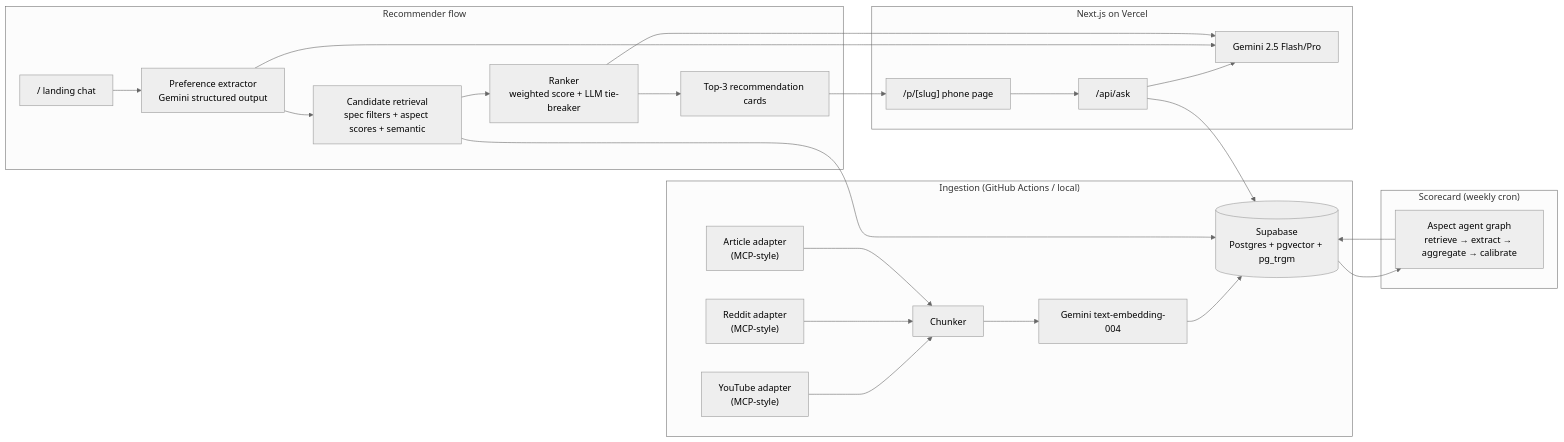
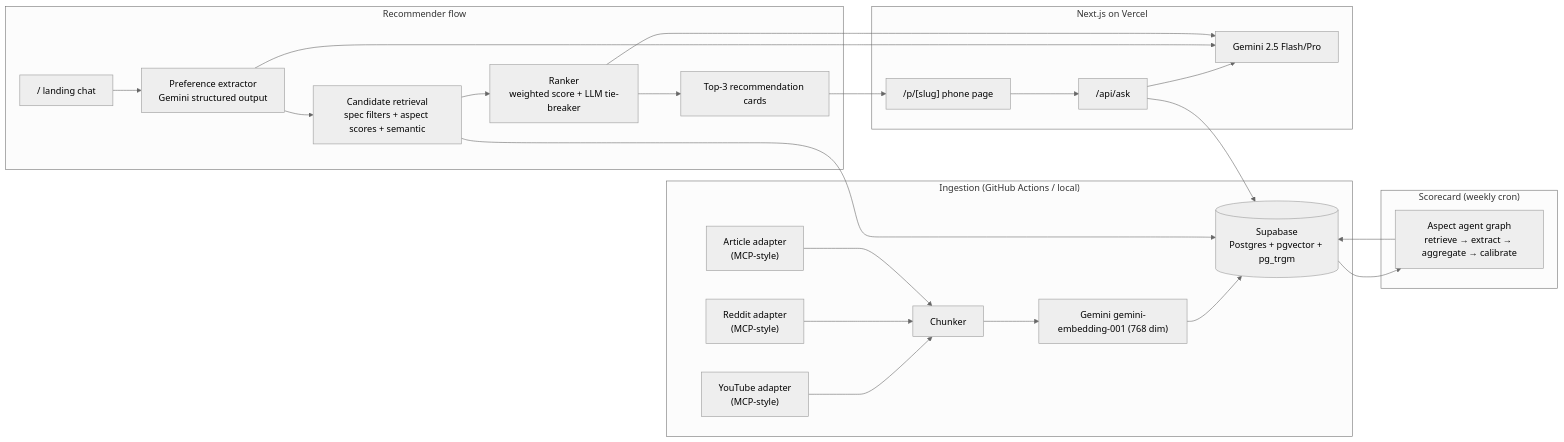
One commit to rohang1411/RECSY changed the diagram in docs/RECSY_V2_PROJECT_CONTEXT.md. Above: the diagram before and after it, drawn with Mermaid (neutral theme). The commit also changed other lines of this file and 51 other files, not shown here.

````diff
--- a/docs/RECSY_V2_PROJECT_CONTEXT.md
+++ b/docs/RECSY_V2_PROJECT_CONTEXT.md
@@ -224,33 +235,33 @@
 ```mermaid
 flowchart LR
   subgraph Ingest["Ingestion (GitHub Actions / local)"]
     YT["YouTube adapter<br/>(MCP-style)"] --> Chunker
     RD["Reddit adapter<br/>(MCP-style)"] --> Chunker
     ART["Article adapter<br/>(MCP-style)"] --> Chunker
-    Chunker --> Embedder["Gemini text-embedding-004"]
+    Chunker --> Embedder["Gemini gemini-embedding-001 (768 dim)"]
     Embedder --> PG[("Supabase<br/>Postgres + pgvector + pg_trgm")]
   end
 
   subgraph Batch["Scorecard (weekly cron)"]
     PG --> AgentGraph["Aspect agent graph<br/>retrieve → extract → aggregate → calibrate"]
     AgentGraph --> PG
   end
 
   subgraph Recommend["Recommender flow"]
     UserIntake["/ landing chat"] --> Extractor["Preference extractor<br/>Gemini structured output"]
     Extractor --> Retriever["Candidate retrieval<br/>spec filters + aspect scores + semantic"]
     Retriever --> Ranker["Ranker<br/>weighted score + LLM tie-breaker"]
     Ranker --> RecUI["Top-3 recommendation cards"]
   end
 
   subgraph Serve["Next.js on Vercel"]
     UserIntake
     RecUI --> PhonePage["/p/[slug] phone page"]
     PhonePage --> ChatAPI["/api/ask"]
     ChatAPI --> PG
     ChatAPI --> Gemini["Gemini 2.5 Flash/Pro"]
     Extractor --> Gemini
     Ranker --> Gemini
     Retriever --> PG
   end
 ```
````
